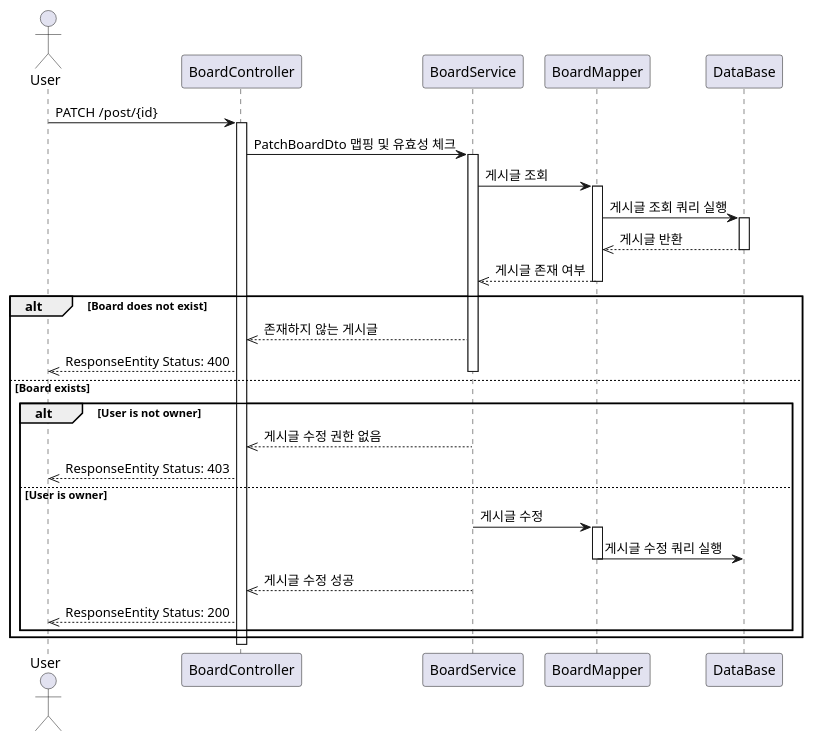
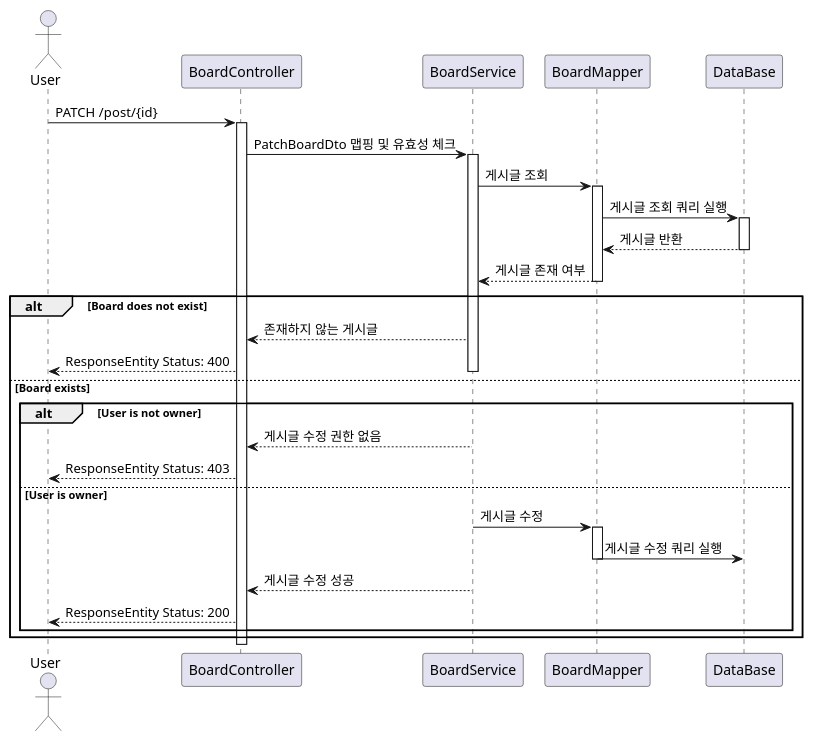
The diagram in Sequence_diagram/patchBoardSequence.puml (HyunSense/Rest_board), drawn with PlantUML before and after one commit. The commit also changed 5 other files, not shown here.

Commit message:
Sequence diagram 수정

```diff
--- a/Sequence_diagram/patchBoardSequence.puml
+++ b/Sequence_diagram/patchBoardSequence.puml
@@ -1,45 +1,45 @@
 @startuml
 actor User
 
 User -> BoardController: PATCH /post/{id}
 activate BoardController
 
 BoardController -> BoardService: PatchBoardDto 맵핑 및 유효성 체크
 activate BoardService
 
 BoardService -> BoardMapper: 게시글 조회
 activate BoardMapper
 
 BoardMapper -> DataBase: 게시글 조회 쿼리 실행
 activate DataBase
 
-DataBase -->> BoardMapper: 게시글 반환
+DataBase --> BoardMapper: 게시글 반환
 deactivate DataBase
-BoardMapper -->> BoardService: 게시글 존재 여부
+BoardMapper --> BoardService: 게시글 존재 여부
 deactivate BoardMapper
 
 alt Board does not exist
-    BoardService -->> BoardController: 존재하지 않는 게시글
-    BoardController -->> User: ResponseEntity Status: 400
+    BoardService --> BoardController: 존재하지 않는 게시글
+    BoardController --> User: ResponseEntity Status: 400
     deactivate BoardService
 
 else Board exists
     alt User is not owner
-        BoardService -->> BoardController: 게시글 수정 권한 없음
-        BoardController -->> User: ResponseEntity Status: 403
+        BoardService --> BoardController: 게시글 수정 권한 없음
+        BoardController --> User: ResponseEntity Status: 403
     else User is owner
         BoardService -> BoardMapper: 게시글 수정
         activate BoardMapper
         BoardMapper -> DataBase: 게시글 수정 쿼리 실행
         deactivate BoardMapper
 
-        BoardService -->> BoardController: 게시글 수정 성공
-        BoardController -->> User: ResponseEntity Status: 200
+        BoardService --> BoardController: 게시글 수정 성공
+        BoardController --> User: ResponseEntity Status: 200
     end
 
 end
 
 deactivate BoardService
 deactivate BoardController
 
 @enduml
```
